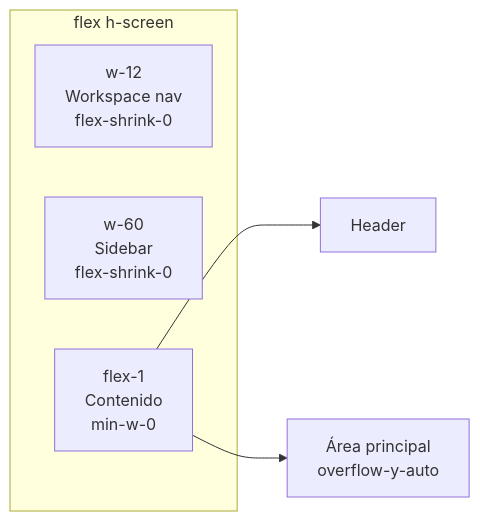
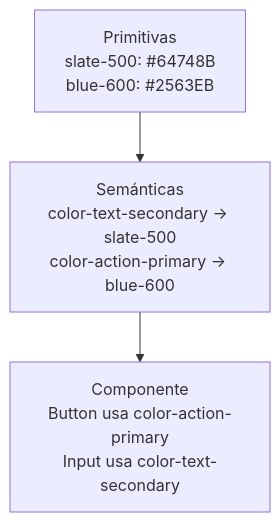
The third of 5 diagrams in unidad-04.md (Jose-Quesada/presentacion-desarrollo-interfaces-26-27), drawn with Mermaid before and after one commit. The commit also changed other lines of this file and 52 other files, not shown here.

```diff
--- a/unidad-04.md
+++ b/unidad-04.md
@@ -506,10 +154,5 @@
 <div class="mermaid">
-graph LR
-  subgraph "flex h-screen"
-    A["w-12<br>Workspace nav<br>flex-shrink-0"]
-    B["w-60<br>Sidebar<br>flex-shrink-0"]
-    C["flex-1<br>Contenido<br>min-w-0"]
-  end
-  C --> C1["Header"]
-  C --> C2["Área principal<br>overflow-y-auto"]
+graph TB
+  A["Primitivas<br>slate-500: #64748B<br>blue-600: #2563EB"] --> B["Semánticas<br>color-text-secondary → slate-500<br>color-action-primary → blue-600"]
+  B --> C["Componente<br>Button usa color-action-primary<br>Input usa color-text-secondary"]
 </div>
```
